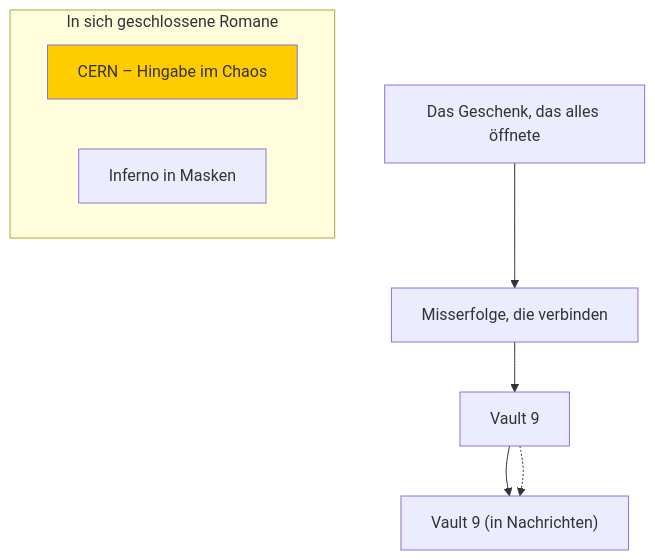
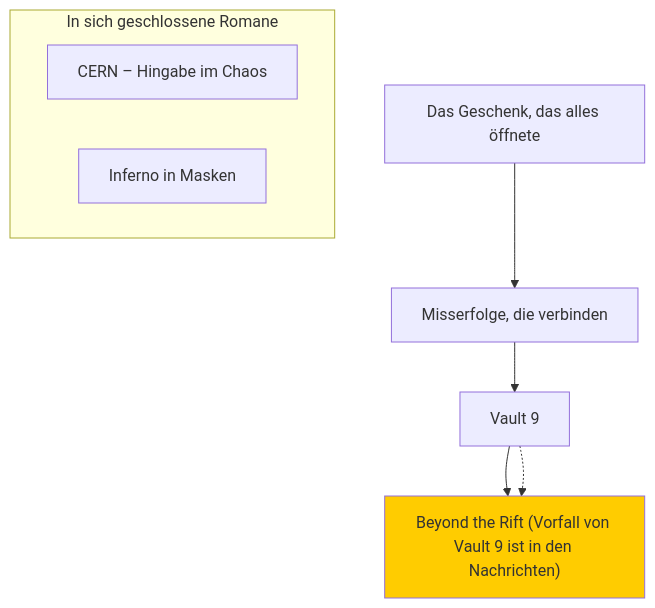
Before and after one commit to RaphaelOberhummerHTL/Romane: the diagram in README.md, drawn with Mermaid.

Commit message:
Ausbesserung im Grafen

````diff
--- a/README.md
+++ b/README.md
@@ -27,13 +27,13 @@
 ```mermaid
     graph
     A["Das Geschenk, das alles öffnete"] --> B["Misserfolge, die verbinden"]
     B --> C["Vault 9"]
     C --> D["Beyond the Rift"]
-    C -.-> D["Vault 9 (in Nachrichten)"]
+    C -.-> D["Beyond the Rift (Vorfall von Vault 9 ist in den Nachrichten)"]
     
     subgraph In sich geschlossene Romane
         E["CERN – Hingabe im Chaos"]
         F["Inferno in Masken"]
     end
-    style E fill:#ffcc00
+    style D fill:#ffcc00
 ```
````
